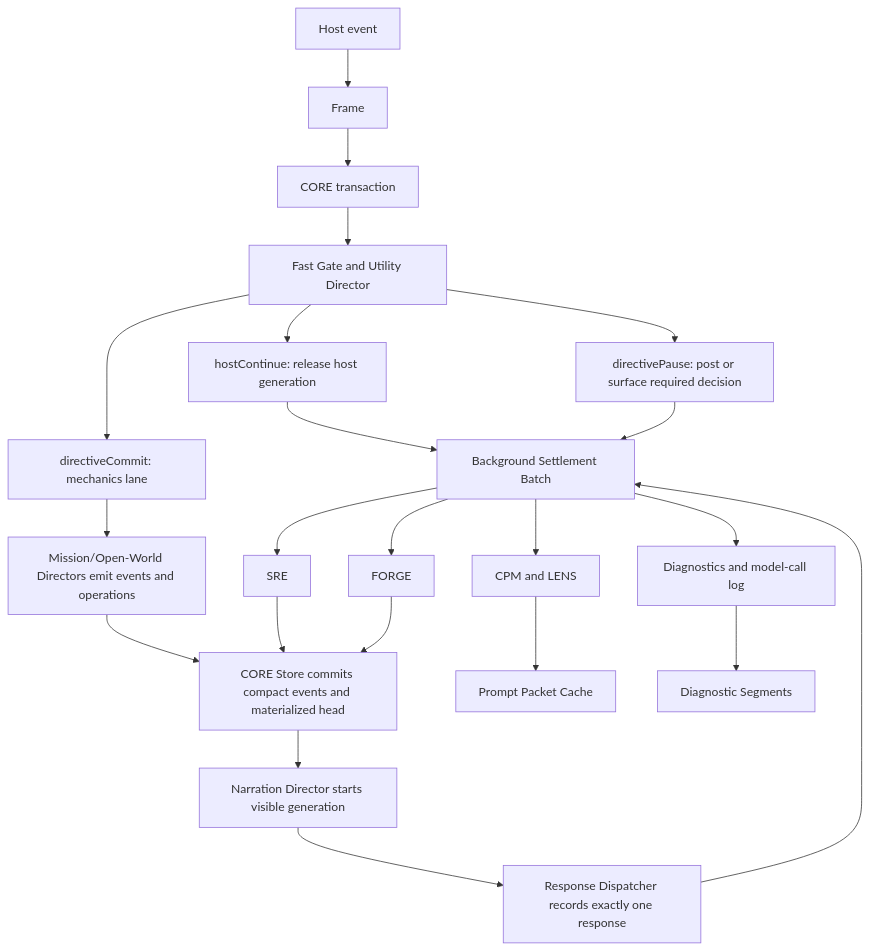
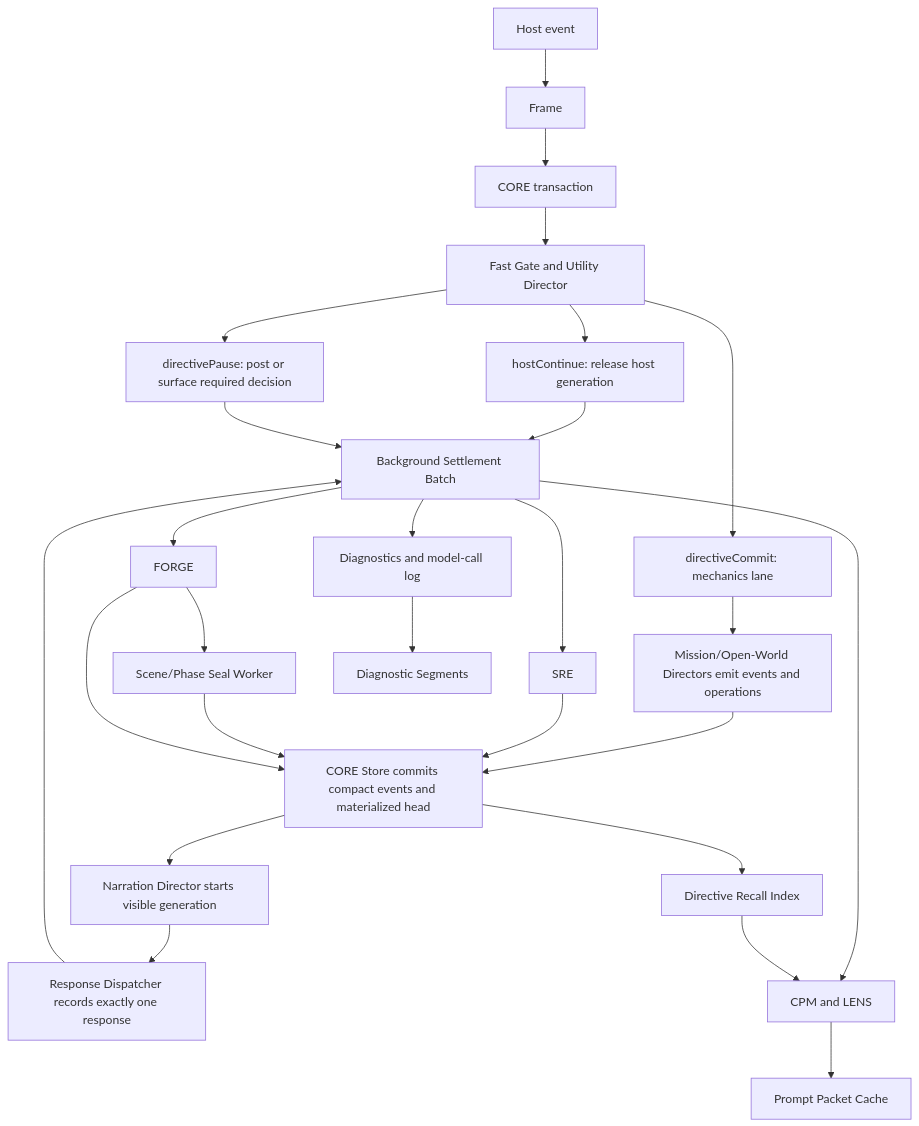
Before and after one commit to MentallyQuill/Directive: the diagram in docs/planning/ARCHITECTURE_REDESIGN_PROPOSAL.md, drawn with Mermaid. The commit also changed other lines of this file and 64 other files, not shown here.

````diff
--- a/docs/planning/ARCHITECTURE_REDESIGN_PROPOSAL.md
+++ b/docs/planning/ARCHITECTURE_REDESIGN_PROPOSAL.md
@@ -251,28 +263,32 @@
 ```mermaid
 flowchart TD
   Host["Host event"] --> Source["Frame"]
   Source --> Txn["CORE transaction"]
   Txn --> Gate["Fast Gate and Utility Director"]
   Gate --> HostContinue["hostContinue: release host generation"]
   Gate --> Pause["directivePause: post or surface required decision"]
   Gate --> Commit["directiveCommit: mechanics lane"]
 
   Commit --> Mechanics["Mission/Open-World Directors emit events and operations"]
   Mechanics --> Store["CORE Store commits compact events and materialized head"]
   Store --> Narration["Narration Director starts visible generation"]
   Narration --> Response["Response Dispatcher records exactly one response"]
 
   Response --> Background["Background Settlement Batch"]
   HostContinue --> Background
   Pause --> Background
 
   Background --> Settlement["SRE"]
   Background --> Projection["CPM and LENS"]
   Background --> Sidecars["FORGE"]
   Background --> Diagnostics["Diagnostics and model-call log"]
 
+  Sidecars --> Seal["Scene/Phase Seal Worker"]
   Settlement --> Store
+  Seal --> Store
   Projection --> Prompt["Prompt Packet Cache"]
   Sidecars --> Store
+  Store --> Recall["Directive Recall Index"]
+  Recall --> Projection
   Diagnostics --> DiagStore["Diagnostic Segments"]
 ```
````
